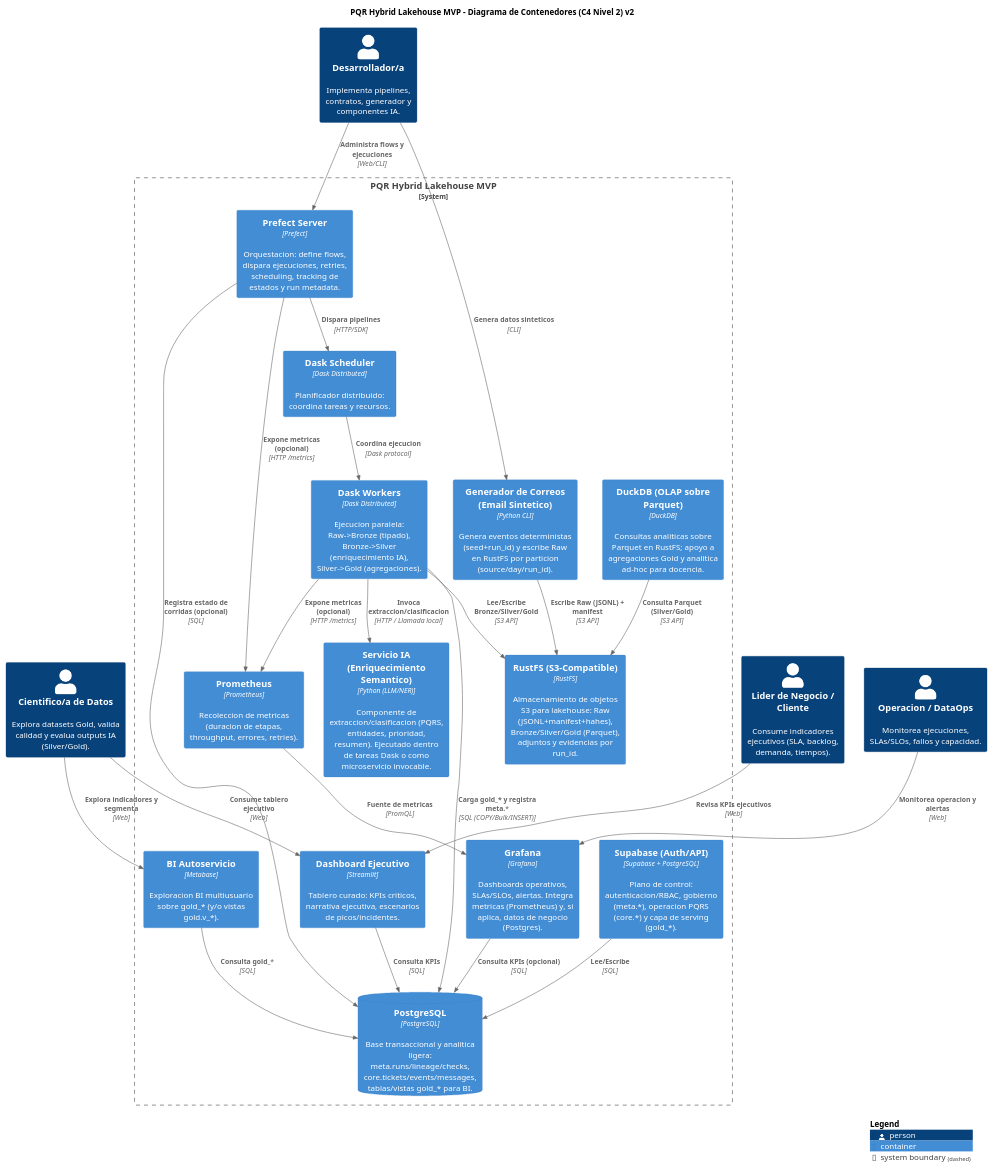
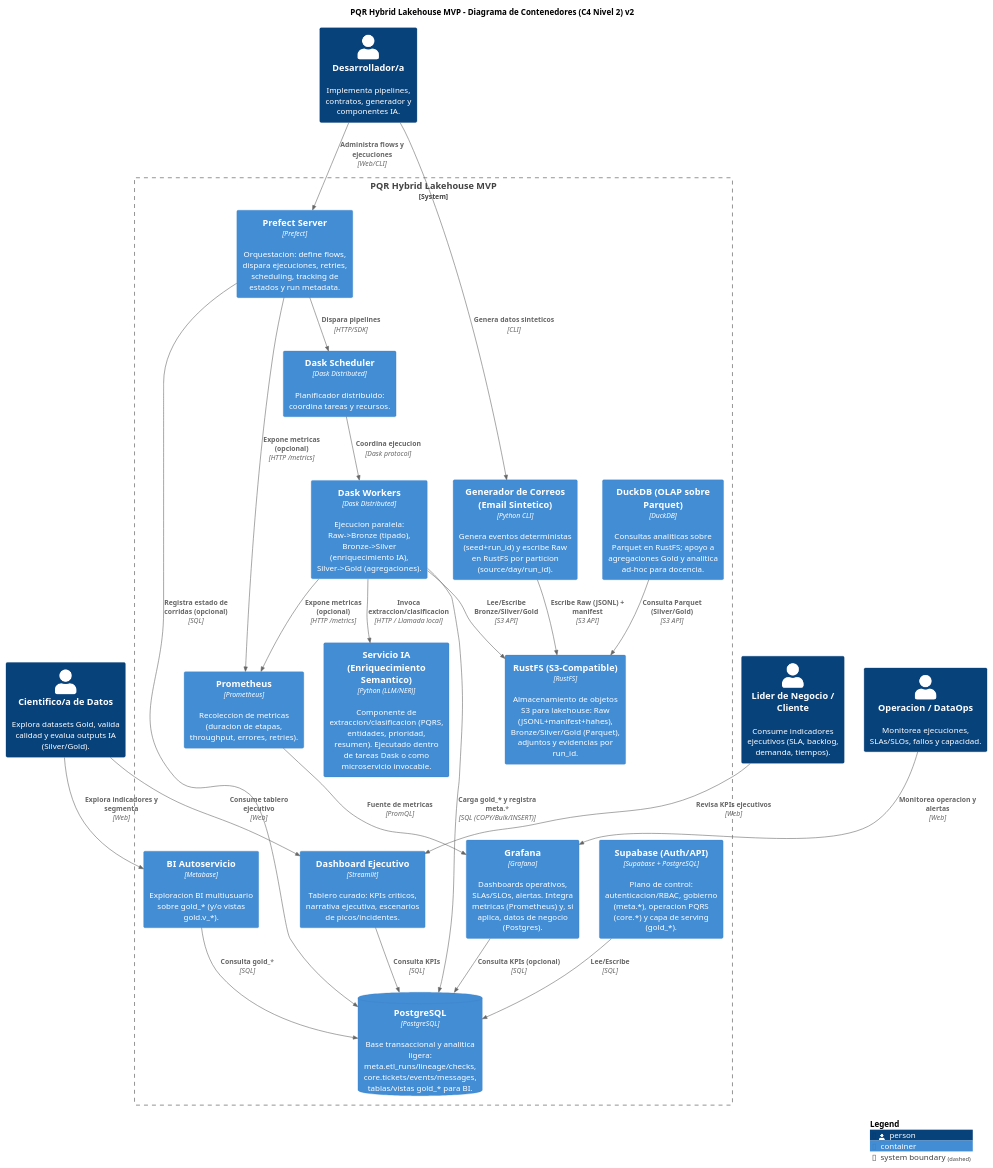
One commit to AprendizajeProfundo/pqr-hybrid-lakehouse changed the diagram in docs/01-architecture/C4-CONTAINERS.puml. Above: the diagram before and after it, drawn with PlantUML. The commit also changed 85 other files, not shown here.

```diff
--- a/docs/01-architecture/C4-CONTAINERS.puml
+++ b/docs/01-architecture/C4-CONTAINERS.puml
@@ -1,86 +1,86 @@
 @startuml
 !include https://raw.githubusercontent.com/plantuml-stdlib/C4-PlantUML/master/C4_Container.puml
 
 title PQR Hybrid Lakehouse MVP - Diagrama de Contenedores (C4 Nivel 2) v2
 
 Person(ds, "Cientifico/a de Datos", "Explora datasets Gold, valida calidad y evalua outputs IA (Silver/Gold).")
 Person(dev, "Desarrollador/a", "Implementa pipelines, contratos, generador y componentes IA.")
 Person(ops, "Operacion / DataOps", "Monitorea ejecuciones, SLAs/SLOs, fallos y capacidad.")
 Person(biz, "Lider de Negocio / Cliente", "Consume indicadores ejecutivos (SLA, backlog, demanda, tiempos).")
 
 System_Boundary(sys, "PQR Hybrid Lakehouse MVP") {
 
   ' =============================
   ' CONTROL PLANE (Gobierno + Serving)
   ' =============================
   Container(supabase, "Supabase (Auth/API)", "Supabase + PostgreSQL", "Plano de control: autenticacion/RBAC, gobierno (meta.*), operacion PQRS (core.*) y capa de serving (gold_*).")
-  ContainerDb(pg, "PostgreSQL", "PostgreSQL", "Base transaccional y analitica ligera: meta.runs/lineage/checks, core.tickets/events/messages, tablas/vistas gold_* para BI.")
+  ContainerDb(pg, "PostgreSQL", "PostgreSQL", "Base transaccional y analitica ligera: meta.etl_runs/lineage/checks, core.tickets/events/messages, tablas/vistas gold_* para BI.")
 
   Rel(supabase, pg, "Lee/Escribe", "SQL")
 
   ' =============================
   ' DATA PLANE (Lakehouse S3)
   ' =============================
   Container(rustfs, "RustFS (S3-Compatible)", "RustFS", "Almacenamiento de objetos S3 para lakehouse: Raw (JSONL+manifest+hahes), Bronze/Silver/Gold (Parquet), adjuntos y evidencias por run_id.")
 
   ' =============================
   ' INGESTA / SIMULACION
   ' =============================
   Container(pqrgen, "Generador de Correos (Email Sintetico)", "Python CLI", "Genera eventos deterministas (seed+run_id) y escribe Raw en RustFS por particion (source/day/run_id).")
 
   Rel(pqrgen, rustfs, "Escribe Raw (JSONL) + manifest", "S3 API")
 
   ' =============================
   ' ORQUESTACION
   ' =============================
   Container(prefect, "Prefect Server", "Prefect", "Orquestacion: define flows, dispara ejecuciones, retries, scheduling, tracking de estados y run metadata.")
   Rel(prefect, pg, "Registra estado de corridas (opcional)", "SQL")
 
   ' =============================
   ' COMPUTE PLANE (Big Data + IA)
   ' =============================
   Container(daskScheduler, "Dask Scheduler", "Dask Distributed", "Planificador distribuido: coordina tareas y recursos.")
   Container(daskWorkers, "Dask Workers", "Dask Distributed", "Ejecucion paralela: Raw->Bronze (tipado), Bronze->Silver (enriquecimiento IA), Silver->Gold (agregaciones).")
 
   Container(aiExtract, "Servicio IA (Enriquecimiento Semantico)", "Python (LLM/NER)", "Componente de extraccion/clasificacion (PQRS, entidades, prioridad, resumen). Ejecutado dentro de tareas Dask o como microservicio invocable.")
   Container(duckdb, "DuckDB (OLAP sobre Parquet)", "DuckDB", "Consultas analiticas sobre Parquet en RustFS; apoyo a agregaciones Gold y analitica ad-hoc para docencia.")
 
   Rel(prefect, daskScheduler, "Dispara pipelines", "HTTP/SDK")
   Rel(daskScheduler, daskWorkers, "Coordina ejecucion", "Dask protocol")
 
   Rel(daskWorkers, rustfs, "Lee/Escribe Bronze/Silver/Gold", "S3 API")
   Rel(daskWorkers, pg, "Carga gold_* y registra meta.*", "SQL (COPY/Bulk/INSERT)")
 
   Rel(daskWorkers, aiExtract, "Invoca extraccion/clasificacion", "HTTP / Llamada local")
   Rel(duckdb, rustfs, "Consulta Parquet (Silver/Gold)", "S3 API")
 
   ' =============================
   ' SERVING (UI)
   ' =============================
   Container(streamlit, "Dashboard Ejecutivo", "Streamlit", "Tablero curado: KPIs criticos, narrativa ejecutiva, escenarios de picos/incidentes.")
   Container(metabase, "BI Autoservicio", "Metabase", "Exploracion BI multiusuario sobre gold_* (y/o vistas gold.v_*).")
 
   Rel(streamlit, pg, "Consulta KPIs", "SQL")
   Rel(metabase, pg, "Consulta gold_*", "SQL")
 
   ' =============================
   ' OBSERVABILIDAD
   ' =============================
   Container(prometheus, "Prometheus", "Prometheus", "Recoleccion de metricas (duracion de etapas, throughput, errores, retries).")
   Container(grafana, "Grafana", "Grafana", "Dashboards operativos, SLAs/SLOs, alertas. Integra metricas (Prometheus) y, si aplica, datos de negocio (Postgres).")
 
   Rel(prometheus, grafana, "Fuente de metricas", "PromQL")
   Rel(daskWorkers, prometheus, "Expone metricas (opcional)", "HTTP /metrics")
   Rel(prefect, prometheus, "Expone metricas (opcional)", "HTTP /metrics")
   Rel(grafana, pg, "Consulta KPIs (opcional)", "SQL")
 }
 
 Rel(ds, metabase, "Explora indicadores y segmenta", "Web")
 Rel(ds, streamlit, "Consume tablero ejecutivo", "Web")
 Rel(dev, pqrgen, "Genera datos sinteticos", "CLI")
 Rel(dev, prefect, "Administra flows y ejecuciones", "Web/CLI")
 Rel(ops, grafana, "Monitorea operacion y alertas", "Web")
 Rel(biz, streamlit, "Revisa KPIs ejecutivos", "Web")
 
 SHOW_LEGEND()
 @enduml
```
